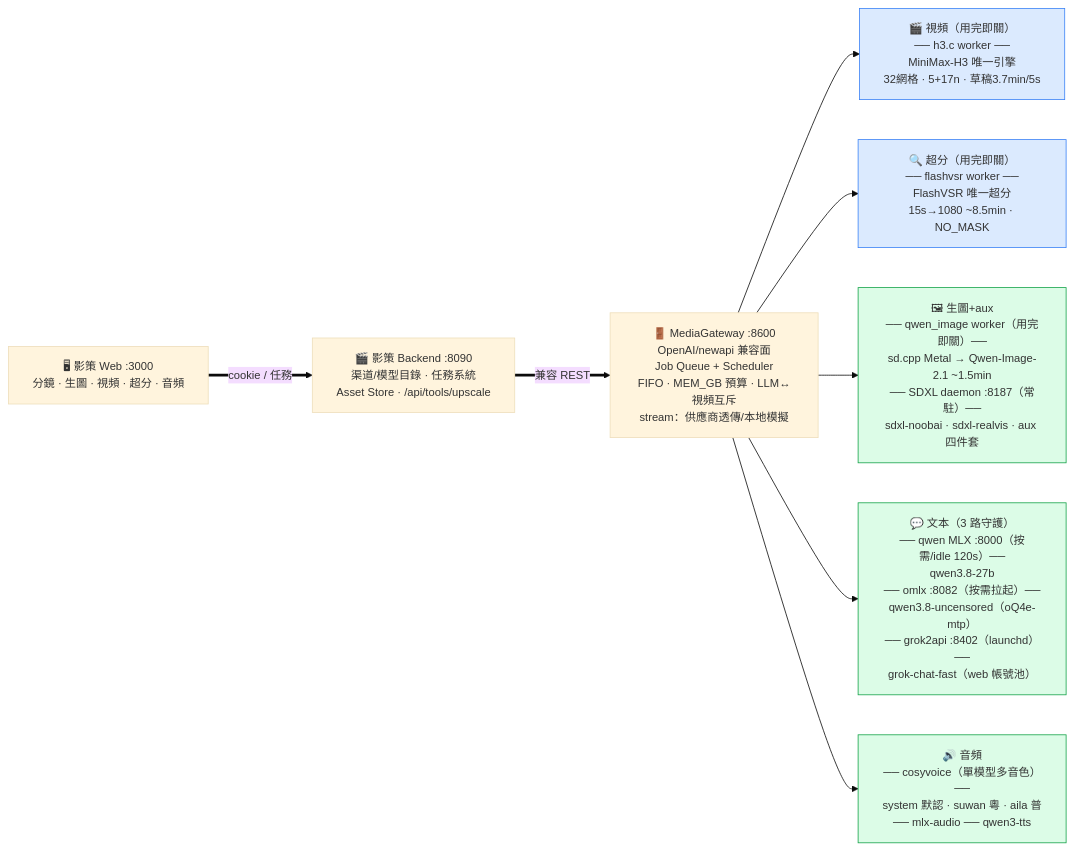
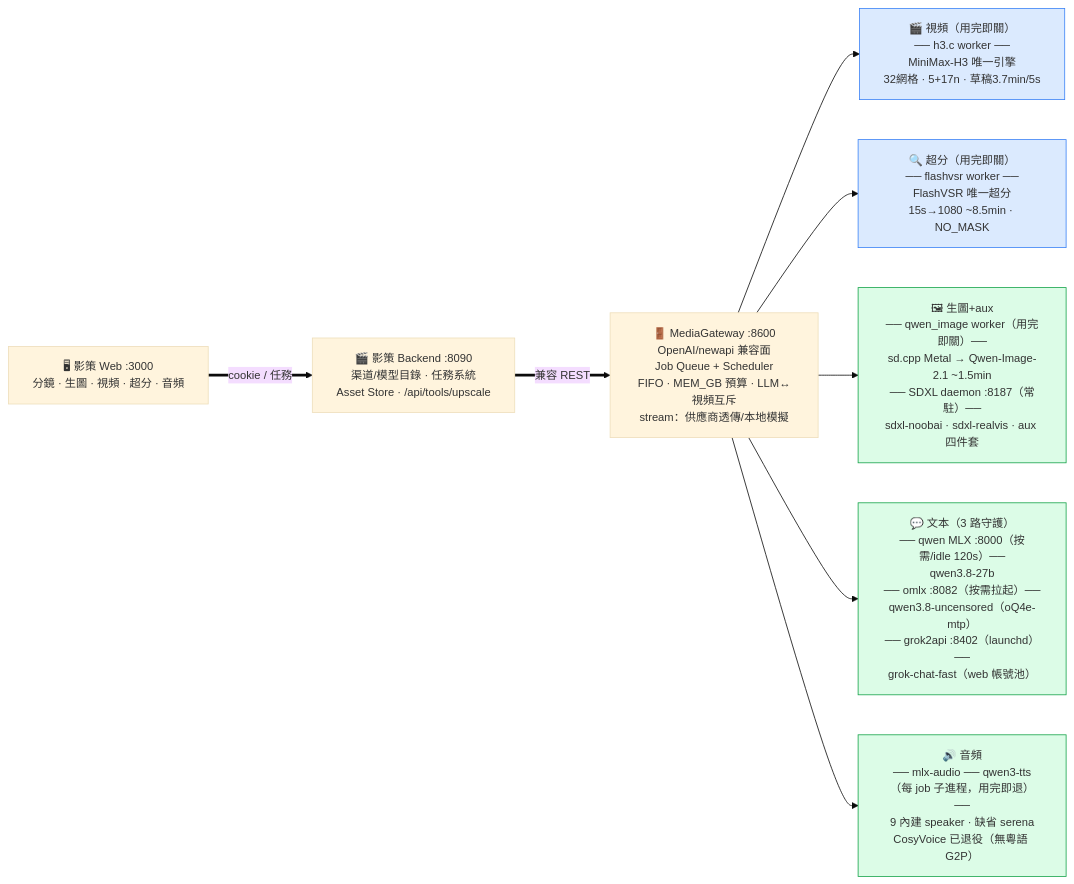
One commit to ouyexiaogongzhu/MediaGateway changed the diagram in docs/architecture.md. Above: the diagram before and after it, drawn with Mermaid. The commit also changed other lines of this file and 31 other files, not shown here.

First line of the commit message:
fix: 修掉四個靜默失敗 — 降噪摧毀語音、ref-audio 缺視覺參考、排程重複計費、CosyVoice 死分支

````diff
--- a/docs/architecture.md
+++ b/docs/architecture.md
@@ -6,21 +6,21 @@
 ```mermaid
 %%{init:{"theme":"base","themeVariables":{"fontSize":"14px"}}}%%
 flowchart LR
     UI["🖥 影策 Web :3000<br/>分鏡 · 生圖 · 視頻 · 超分 · 音頻"]
     Y["🎬 影策 Backend :8090<br/>渠道/模型目錄 · 任務系統<br/>Asset Store · /api/tools/upscale"]
     GW["🚪 MediaGateway :8600<br/>OpenAI/newapi 兼容面<br/>Job Queue + Scheduler<br/>FIFO · MEM_GB 預算 · LLM↔視頻互斥<br/>stream：供應商透傳/本地模擬"]
 
     VIDEO["🎬 視頻（用完即關）<br/>── h3.c worker ──<br/>MiniMax-H3 唯一引擎<br/>32網格 · 5+17n · 草稿3.7min/5s"]
     UP["🔍 超分（用完即關）<br/>── flashvsr worker ──<br/>FlashVSR 唯一超分<br/>15s→1080 ~8.5min · NO_MASK"]
     IMG["🖼 生圖+aux<br/>── qwen_image worker（用完即關）──<br/>sd.cpp Metal → Qwen-Image-2.1 ~1.5min<br/>── SDXL daemon :8187（常駐）──<br/>sdxl-noobai · sdxl-realvis · aux 四件套"]
     TXT["💬 文本（3 路守護）<br/>── qwen MLX :8000（按需/idle 120s）──<br/>qwen3.8-27b<br/>── omlx :8082（按需拉起）──<br/>qwen3.8-uncensored（oQ4e-mtp）<br/>── grok2api :8402（launchd）──<br/>grok-chat-fast（web 帳號池）"]
-    AUD["🔊 音頻<br/>── cosyvoice（單模型多音色）──<br/>system 默認 · suwan 粵 · aila 普<br/>── mlx-audio ── qwen3-tts"]
+    AUD["🔊 音頻<br/>── mlx-audio ── qwen3-tts（每 job 子進程，用完即退）──<br/>9 內建 speaker · 缺省 serena<br/>CosyVoice 已退役（無粵語 G2P）"]
 
     classDef once fill:#dbeafe,stroke:#3b82f6
     classDef daemon fill:#dcfce7,stroke:#16a34a
     class VIDEO,UP once
     class IMG,TXT,AUD daemon
 
     UI ==>|"cookie / 任務"| Y ==>|"兼容 REST"| GW
     GW --> VIDEO & UP & IMG & TXT & AUD
 ```
````
